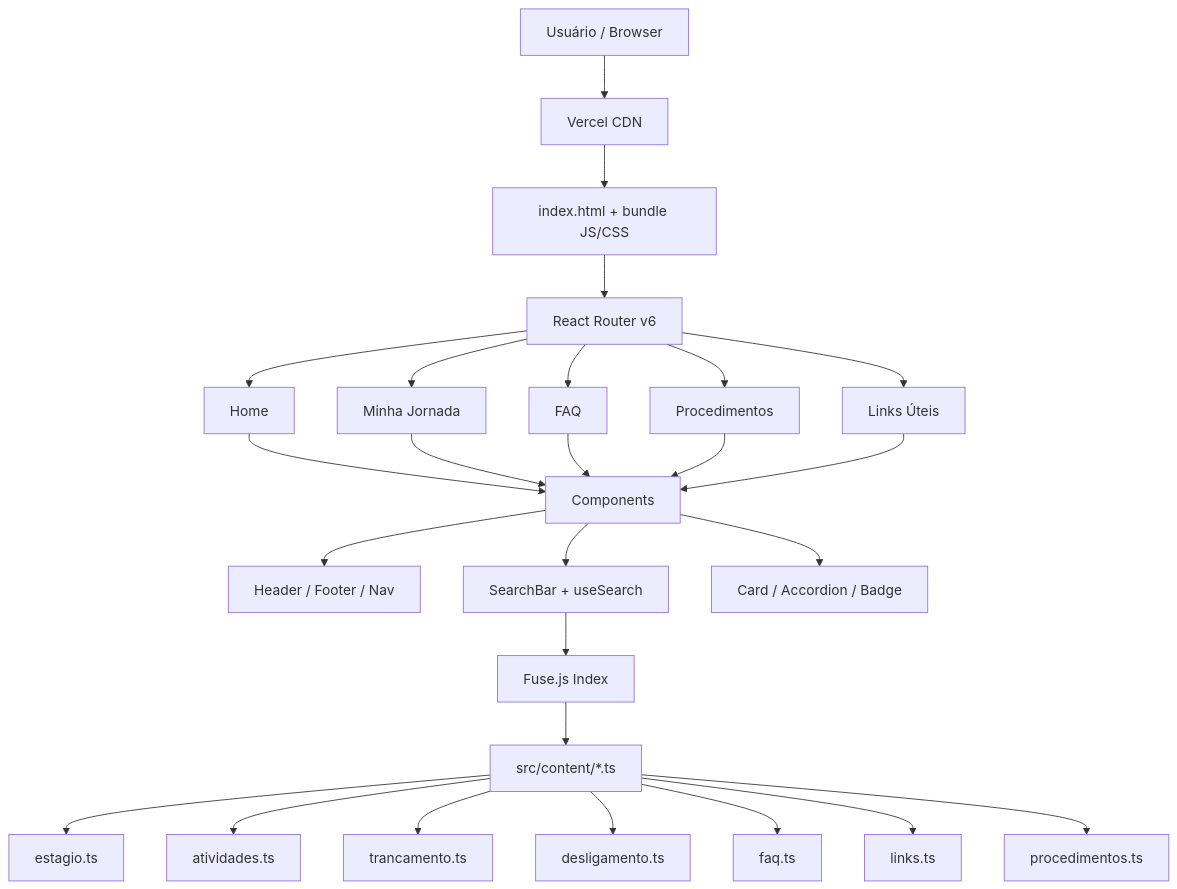
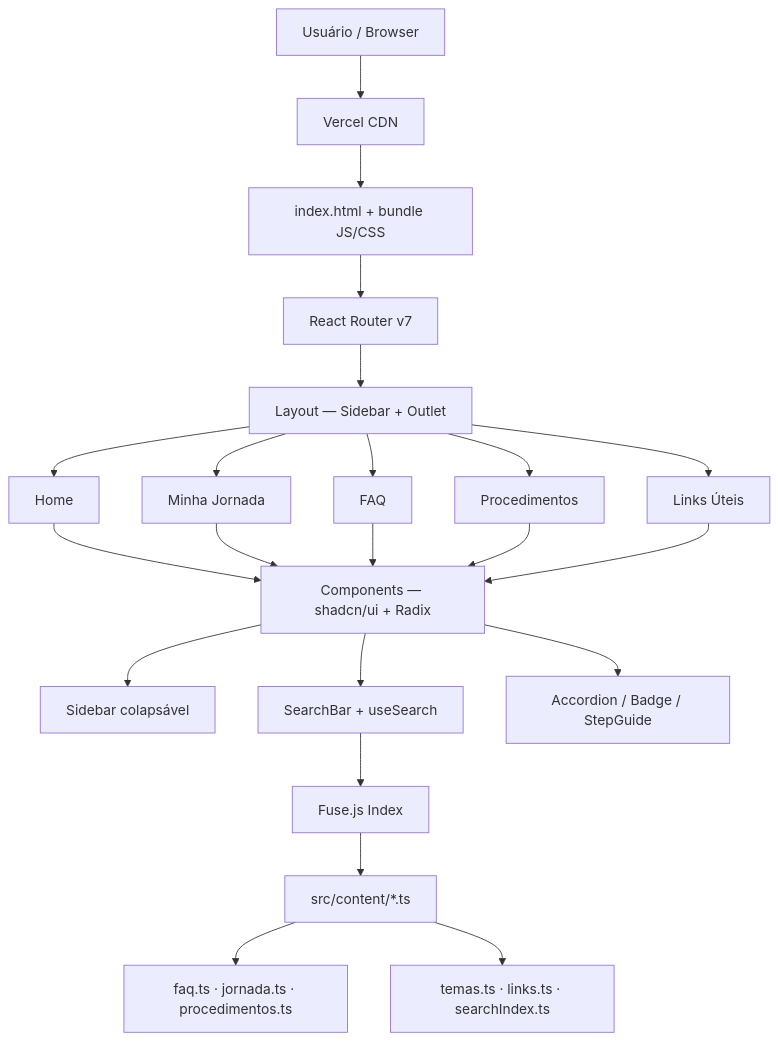
One commit to tiagondim-cpu/epr-info-hub changed the first of 2 diagrams in docs/TECH_STACK.md. Above: the diagram before and after it, drawn with Mermaid. The commit also changed other lines of this file and 18 other files, not shown here.

First line of the commit message:
redesign: SaaS sidebar layout + shadcn/ui + logo UnB + docs atualizados

````diff
--- a/docs/TECH_STACK.md
+++ b/docs/TECH_STACK.md
@@ -124,24 +112,20 @@
 ```mermaid
 graph TD
     A[Usuário / Browser] --> B[Vercel CDN]
     B --> C[index.html + bundle JS/CSS]
-    C --> D[React Router v6]
-    D --> E[Home]
-    D --> F[Minha Jornada]
-    D --> G[FAQ]
-    D --> H[Procedimentos]
-    D --> I[Links Úteis]
-    E & F & G & H & I --> J[Components]
-    J --> K[Header / Footer / Nav]
-    J --> L[SearchBar + useSearch]
-    J --> M[Card / Accordion / Badge]
-    L --> N[Fuse.js Index]
-    N --> O[src/content/*.ts]
-    O --> P[estagio.ts]
-    O --> Q[atividades.ts]
-    O --> R[trancamento.ts]
-    O --> S[desligamento.ts]
-    O --> T[faq.ts]
-    O --> U[links.ts]
-    O --> V[procedimentos.ts]
+    C --> D[React Router v7]
+    D --> E[Layout — Sidebar + Outlet]
+    E --> F[Home]
+    E --> G[Minha Jornada]
+    E --> H[FAQ]
+    E --> I[Procedimentos]
+    E --> J[Links Úteis]
+    F & G & H & I & J --> K[Components — shadcn/ui + Radix]
+    K --> L[Sidebar colapsável]
+    K --> M[SearchBar + useSearch]
+    K --> N[Accordion / Badge / StepGuide]
+    M --> O[Fuse.js Index]
+    O --> P[src/content/*.ts]
+    P --> Q[faq.ts · jornada.ts · procedimentos.ts]
+    P --> R[temas.ts · links.ts · searchIndex.ts]
 ```
````
